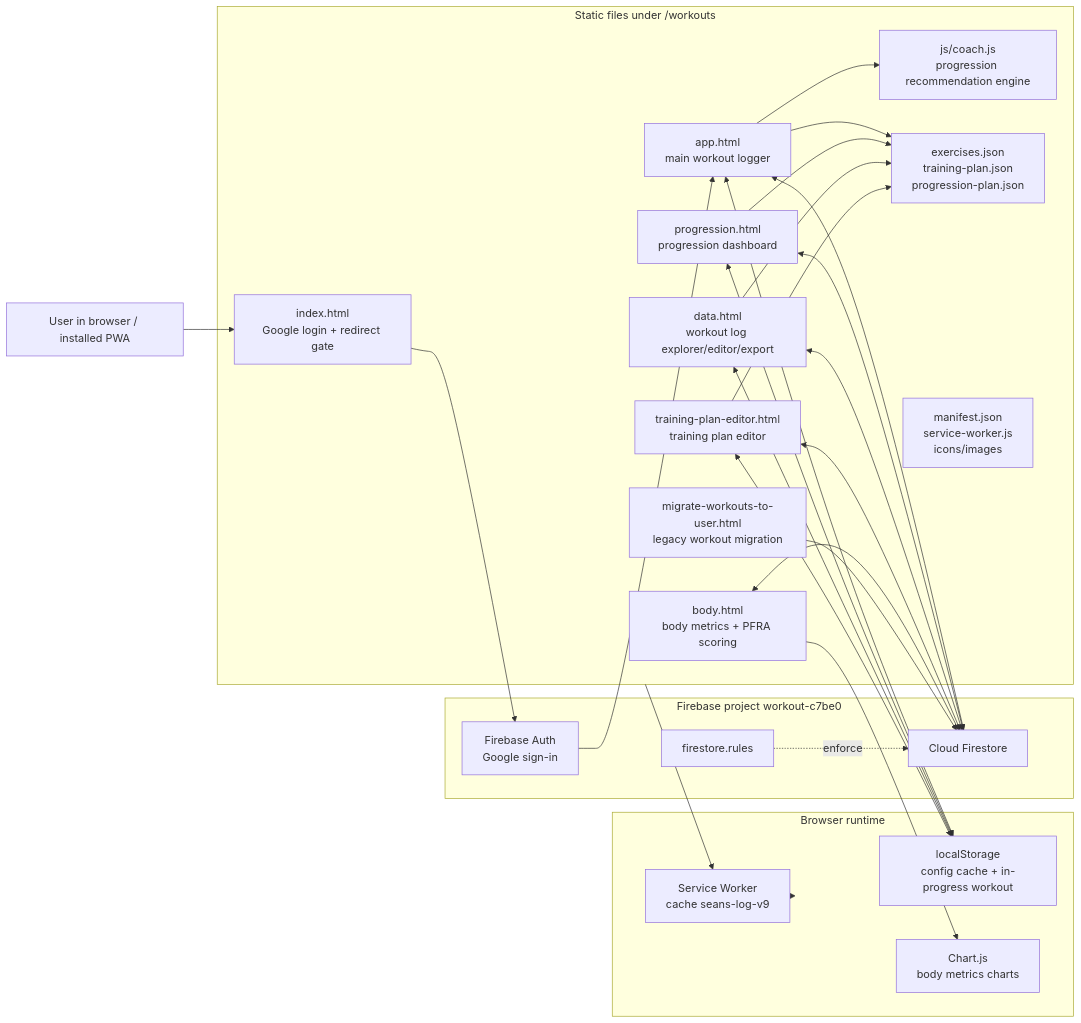
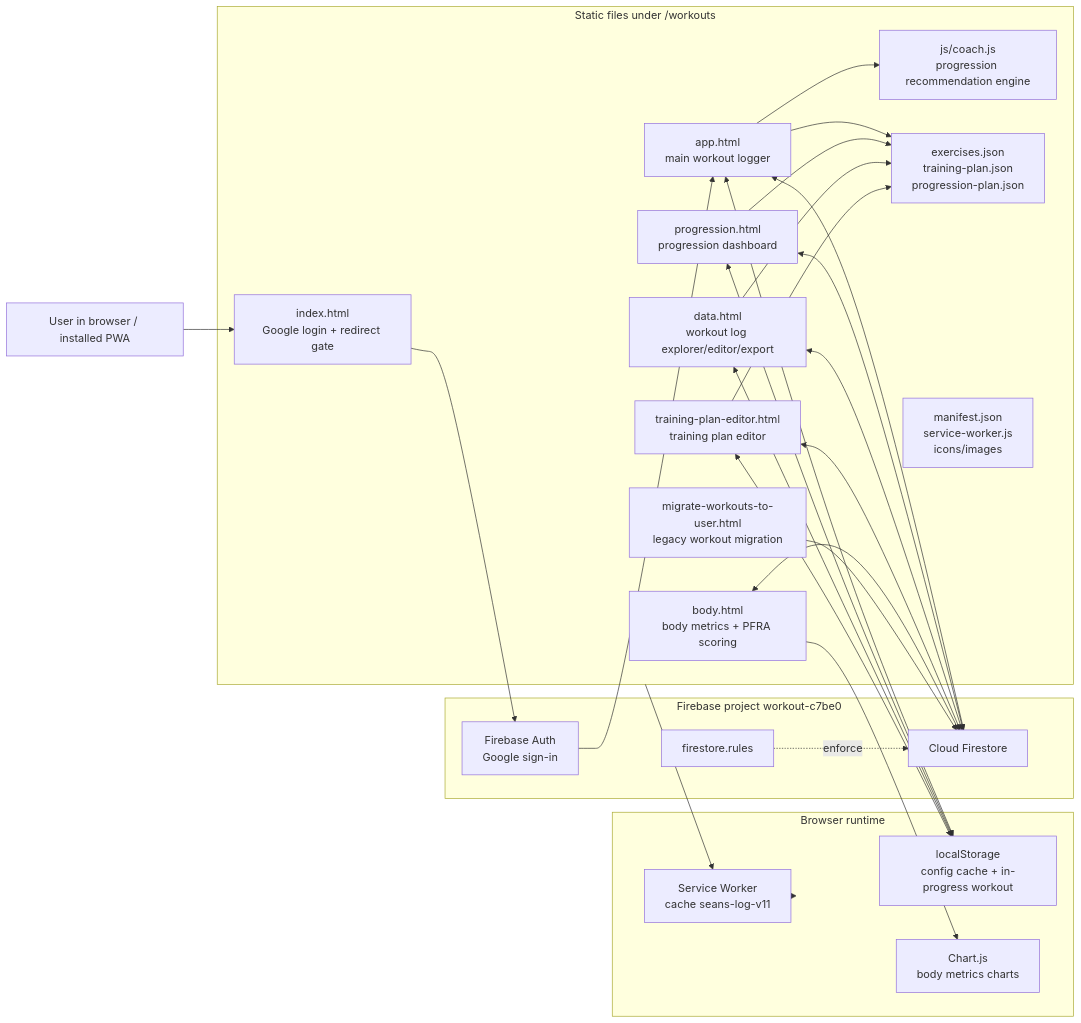
Before and after one commit to 0sps/sull1van.com: the first of 5 diagrams in workouts/WORKOUTS_ARCHITECTURE.md, drawn with Mermaid. The commit also changed other lines of this file and 6 other files, not shown here.

````diff
--- a/workouts/WORKOUTS_ARCHITECTURE.md
+++ b/workouts/WORKOUTS_ARCHITECTURE.md
@@ -13,52 +13,52 @@
 ```mermaid
 flowchart LR
     User["User in browser / installed PWA"]
 
     subgraph Static["Static files under /workouts"]
         Login["index.html<br/>Google login + redirect gate"]
         App["app.html<br/>main workout logger"]
         Progression["progression.html<br/>progression dashboard"]
         Body["body.html<br/>body metrics + PFRA scoring"]
         Data["data.html<br/>workout log explorer/editor/export"]
         Editor["training-plan-editor.html<br/>training plan editor"]
         Migration["migrate-workouts-to-user.html<br/>legacy workout migration"]
         Coach["js/coach.js<br/>progression recommendation engine"]
         Seeds["exercises.json<br/>training-plan.json<br/>progression-plan.json"]
         PWA["manifest.json<br/>service-worker.js<br/>icons/images"]
     end
 
     subgraph Browser["Browser runtime"]
-        SW["Service Worker<br/>cache seans-log-v9"]
+        SW["Service Worker<br/>cache seans-log-v11"]
         LS["localStorage<br/>config cache + in-progress workout"]
         Charts["Chart.js<br/>body metrics charts"]
     end
 
     subgraph Firebase["Firebase project workout-c7be0"]
         Auth["Firebase Auth<br/>Google sign-in"]
         Firestore["Cloud Firestore"]
         Rules["firestore.rules"]
     end
 
     User --> Login
     Login --> Auth
     Auth --> App
     App --> Coach
     App --> Seeds
     Progression --> Seeds
     Data --> Seeds
     Editor --> Seeds
     App <--> LS
     Progression <--> LS
     Data <--> LS
     Editor <--> LS
     Body --> Charts
     Static --> SW
     SW --> Browser
     App <--> Firestore
     Progression <--> Firestore
     Data <--> Firestore
     Editor <--> Firestore
     Body <--> Firestore
     Migration --> Firestore
     Rules -. enforce .-> Firestore
 ```
````
